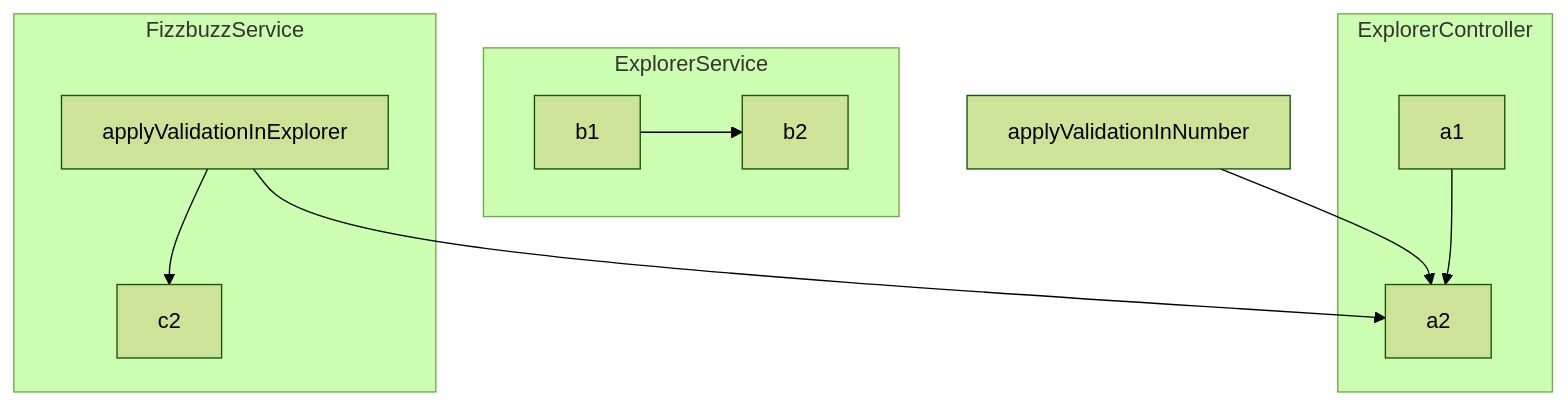
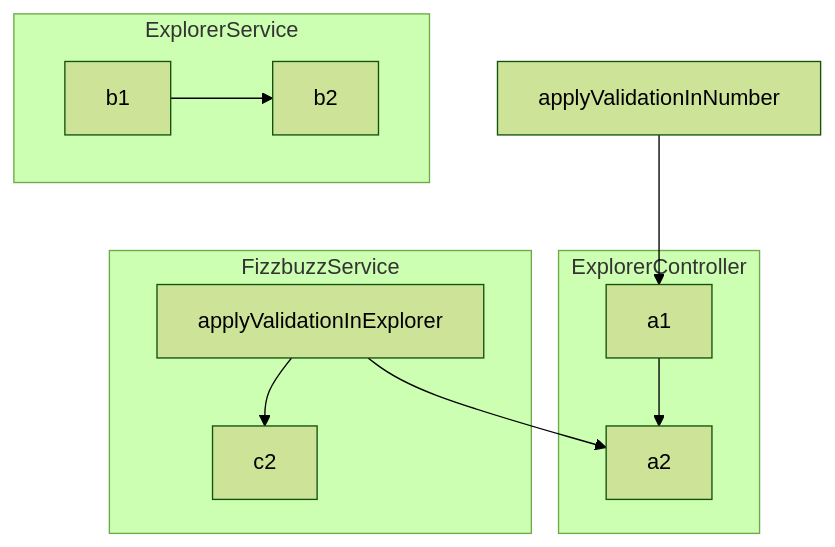
The diagram in README.md (AliciaGaona/fizzbuzz), drawn with Mermaid (forest theme) before and after one commit.

````diff
--- a/README.md
+++ b/README.md
@@ -12,14 +12,14 @@
 ```mermaid
 flowchart TB
-    applyValidationInNumber-->a2
+    applyValidationInNumber-->a1
     applyValidationInExplorer-->a2
     subgraph ExplorerController
     a1-->a2
     end
     subgraph ExplorerService
     b1-->b2
     end
     subgraph FizzbuzzService
    applyValidationInExplorer-->c2
     end
 ```
````
